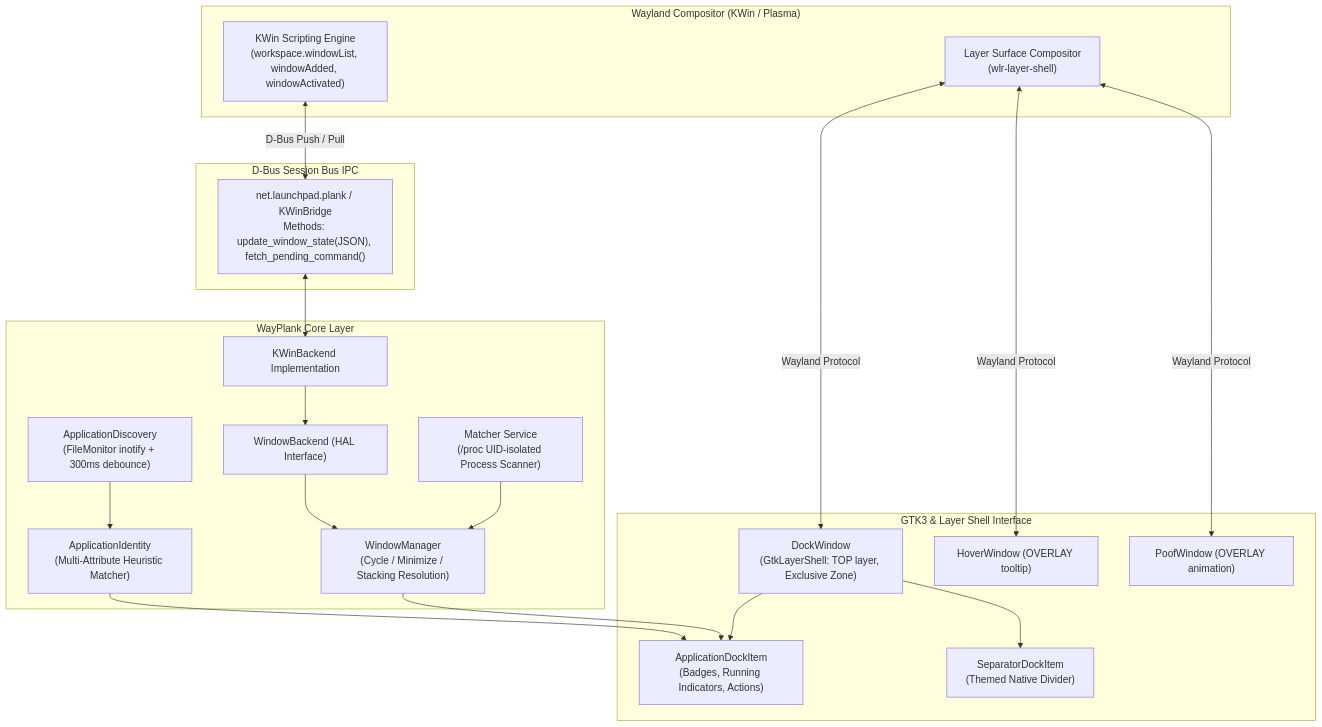
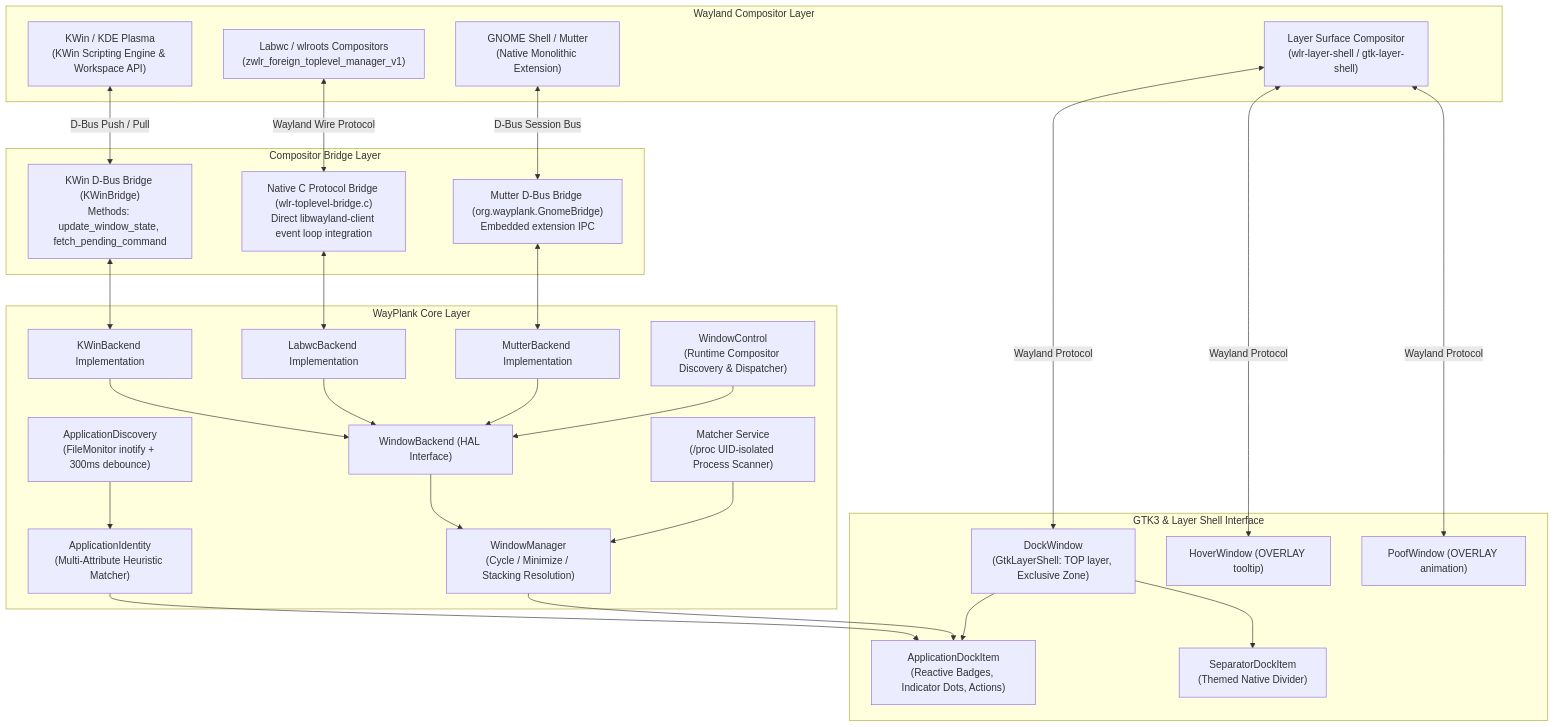
One commit to sergiomelas/WayPlank changed the first of 3 diagrams in Documentation/wayplank_x11_to_wayland_report_en.md. Above: the diagram before and after it, drawn with Mermaid. The commit also changed other lines of this file and 52 other files, not shown here.

Commit message:
V0.4.3: Multi-compositor HAL (KWin, Labwc, Mutter)

````diff
--- a/Documentation/wayplank_x11_to_wayland_report_en.md
+++ b/Documentation/wayplank_x11_to_wayland_report_en.md
@@ -47,42 +47,57 @@
 ```mermaid
 flowchart TD
-    subgraph Compositor ["Wayland Compositor (KWin / Plasma)"]
-        KWinEngine["KWin Scripting Engine\n(workspace.windowList, windowAdded, windowActivated)"]
-        LayerCompositor["Layer Surface Compositor\n(wlr-layer-shell)"]
+    subgraph Compositors ["Wayland Compositor Layer"]
+        KWinComp["KWin / KDE Plasma\n(KWin Scripting Engine & Workspace API)"]
+        WlrComp["Labwc / wlroots Compositors\n(zwlr_foreign_toplevel_manager_v1)"]
+        MutterComp["GNOME Shell / Mutter\n(Native Monolithic Extension)"]
+        LayerCompositor["Layer Surface Compositor\n(wlr-layer-shell / gtk-layer-shell)"]
     end
 
-    subgraph DbusIPC ["D-Bus Session Bus IPC"]
-        DBusIface["net.launchpad.plank / KWinBridge\nMethods: update_window_state(JSON), fetch_pending_command()"]
+    subgraph Bridges ["Compositor Bridge Layer"]
+        DBusIface["KWin D-Bus Bridge (KWinBridge)\nMethods: update_window_state, fetch_pending_command"]
+        WlrBridge["Native C Protocol Bridge (wlr-toplevel-bridge.c)\nDirect libwayland-client event loop integration"]
+        MutterBridge["Mutter D-Bus Bridge (org.wayplank.GnomeBridge)\nEmbedded extension IPC"]
     end
 
     subgraph WayPlankCore ["WayPlank Core Layer"]
+        WindowControl["WindowControl\n(Runtime Compositor Discovery & Dispatcher)"]
         WindowBackend["WindowBackend (HAL Interface)"]
         KWinBackend["KWinBackend Implementation"]
+        LabwcBackend["LabwcBackend Implementation"]
+        MutterBackend["MutterBackend Implementation"]
         WindowManager["WindowManager\n(Cycle / Minimize / Stacking Resolution)"]
         AppDiscovery["ApplicationDiscovery\n(FileMonitor inotify + 300ms debounce)"]
         AppIdentity["ApplicationIdentity\n(Multi-Attribute Heuristic Matcher)"]
         Matcher["Matcher Service\n(/proc UID-isolated Process Scanner)"]
     end
 
     subgraph UI ["GTK3 & Layer Shell Interface"]
         DockWindow["DockWindow\n(GtkLayerShell: TOP layer, Exclusive Zone)"]
-        AppItem["ApplicationDockItem\n(Badges, Running Indicators, Actions)"]
+        AppItem["ApplicationDockItem\n(Reactive Badges, Indicator Dots, Actions)"]
         SepItem["SeparatorDockItem\n(Themed Native Divider)"]
         HoverWin["HoverWindow (OVERLAY tooltip)"]
         PoofWin["PoofWindow (OVERLAY animation)"]
     end
 
-    KWinEngine <-->|D-Bus Push / Pull| DBusIface
+    KWinComp <-->|D-Bus Push / Pull| DBusIface
     DBusIface <--> KWinBackend
+    WlrComp <-->|Wayland Wire Protocol| WlrBridge
+    WlrBridge <--> LabwcBackend
+    MutterComp <-->|D-Bus Session Bus| MutterBridge
+    MutterBridge <--> MutterBackend
+
     KWinBackend --> WindowBackend
+    LabwcBackend --> WindowBackend
+    MutterBackend --> WindowBackend
+    WindowControl --> WindowBackend
     WindowBackend --> WindowManager
     Matcher --> WindowManager
     AppDiscovery --> AppIdentity
     AppIdentity --> AppItem
     WindowManager --> AppItem
     LayerCompositor <-->|Wayland Protocol| DockWindow
     LayerCompositor <-->|Wayland Protocol| HoverWin
     LayerCompositor <-->|Wayland Protocol| PoofWin
     DockWindow --> AppItem
     DockWindow --> SepItem
 ```
````
